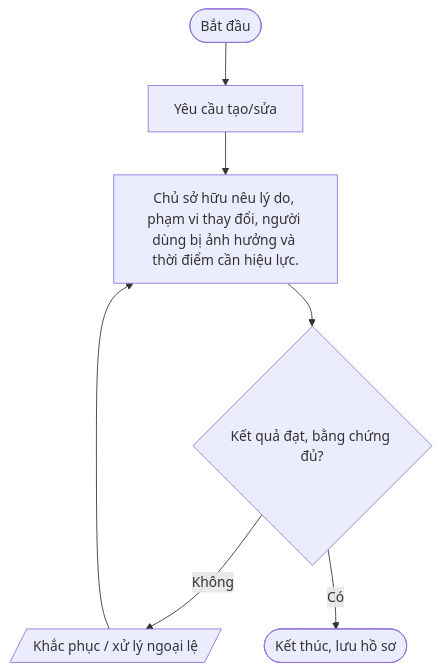
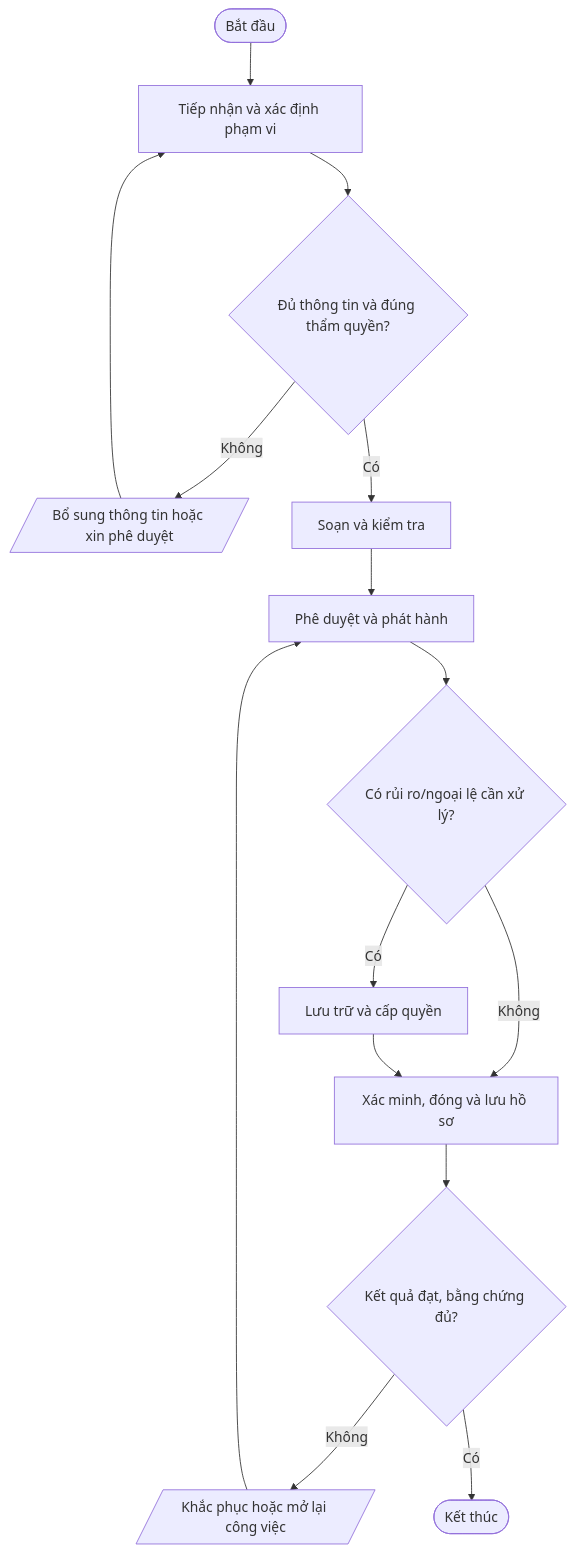
Before and after one commit to daoaigiangnam/Quy_Trinh_Chuan: the third of 7 diagrams in quy-trinh/01-Quan-tri-ISMS/README.md, drawn with Mermaid. The commit also changed other lines of this file, not shown here.

Commit message:
docs: refine detailed procedure steps and Mermaid flowcharts

````diff
--- a/quy-trinh/01-Quan-tri-ISMS/README.md
+++ b/quy-trinh/01-Quan-tri-ISMS/README.md
@@ -190,11 +229,17 @@
 ```mermaid
 flowchart TD
-  A([Bắt đầu]) --> S1
-  S1["Yêu cầu tạo/sửa"]
-  S2["Chủ sở hữu nêu lý do, phạm vi thay đổi, người dùng bị ảnh hưởng và thời điểm cần hiệu lực."]
-  S1 --> S2
-  S2 --> D2{"Kết quả đạt, bằng chứng đủ?"}
-  D2 -- Không --> REWORK[/"Khắc phục / xử lý ngoại lệ"/]
-  REWORK --> S2
-  D2 -- Có --> Z([Kết thúc, lưu hồ sơ])
+  A([Bắt đầu]) --> S1["Tiếp nhận và xác định phạm vi"]
+  S1 --> D1{"Đủ thông tin và đúng thẩm quyền?"}
+  D1 -- Không --> F1[/"Bổ sung thông tin hoặc xin phê duyệt"/]
+  F1 --> S1
+  D1 -- Có --> S2["Soạn và kiểm tra"]
+  S2 --> S3["Phê duyệt và phát hành"]
+  S3 --> D2{"Có rủi ro/ngoại lệ cần xử lý?"}
+  D2 -- Có --> S4["Lưu trữ và cấp quyền"]
+  D2 -- Không --> S5["Xác minh, đóng và lưu hồ sơ"]
+  S4 --> S5
+  S5 --> D3{"Kết quả đạt, bằng chứng đủ?"}
+  D3 -- Không --> R[/"Khắc phục hoặc mở lại công việc"/]
+  R --> S3
+  D3 -- Có --> Z([Kết thúc])
 ```
````
